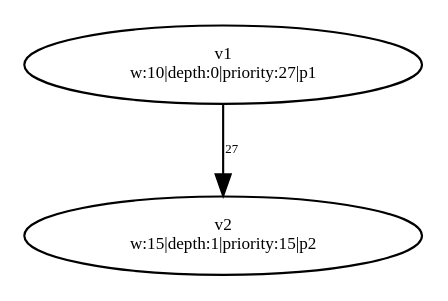
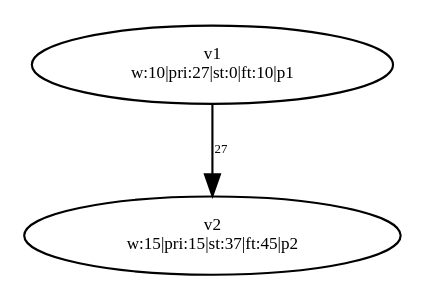
One commit to dexters1/Task-Scheduling-Based-on-Genetic-Algorithms changed the diagram in PythonApplication1/PythonApplication1/test-output/slika_1.gv. Above: the diagram before and after it, drawn with Graphviz. The commit also changed 51 other files, not shown here.

Commit message:
Finished unitTesting for Graph + Processor modules

```diff
--- a/PythonApplication1/PythonApplication1/test-output/slika_1.gv
+++ b/PythonApplication1/PythonApplication1/test-output/slika_1.gv
@@ -1,7 +1,7 @@
 digraph {
 	v1 [label="v1
-w:10|depth:0|priority:27|p1" fontsize=8.0]
+w:10|pri:27|st:0|ft:10|p1" fontsize=8.0]
 	v2 [label="v2
-w:15|depth:1|priority:15|p2" fontsize=8.0]
+w:15|pri:15|st:37|ft:45|p2" fontsize=8.0]
 	v1 -> v2 [label=27 constraint=true fontsize=6.0]
 }
```
